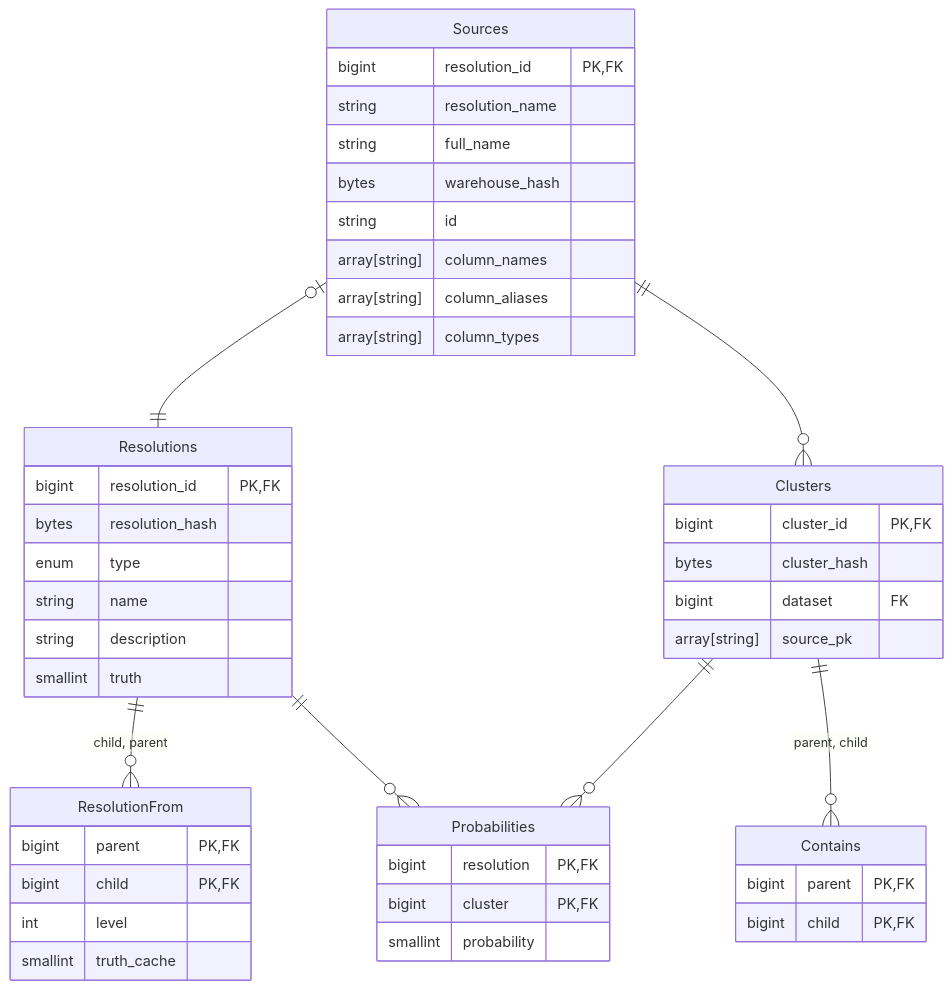
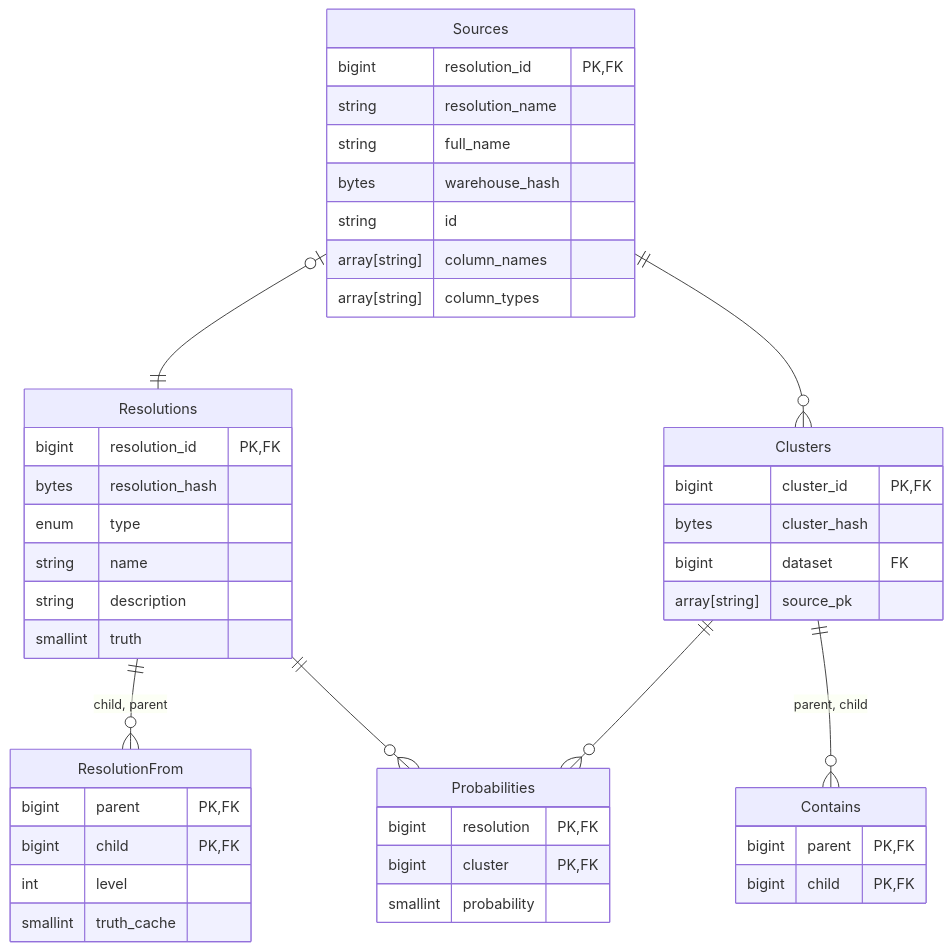
One commit to will-langdale/matchbox changed the diagram in src/matchbox/server/postgresql/README.md. Above: the diagram before and after it, drawn with Mermaid. The commit also changed 9 other files, not shown here.

Commit message:
Remove column aliases

````diff
--- a/src/matchbox/server/postgresql/README.md
+++ b/src/matchbox/server/postgresql/README.md
@@ -14,49 +14,48 @@
 ```mermaid
 erDiagram
     Sources {
         bigint resolution_id PK,FK
         string resolution_name
         string full_name
         bytes warehouse_hash
         string id
         array[string] column_names
-        array[string] column_aliases
         array[string] column_types
     }
     Clusters {
         bigint cluster_id PK,FK
         bytes cluster_hash
         bigint dataset FK
         array[string] source_pk
     }
     Contains {
         bigint parent PK,FK
         bigint child PK,FK
     }
     Probabilities {
         bigint resolution PK,FK
         bigint cluster PK,FK
         smallint probability
     }
     Resolutions {
         bigint resolution_id PK,FK
         bytes resolution_hash
         enum type
         string name
         string description
         smallint truth
     }
     ResolutionFrom {
         bigint parent PK,FK
         bigint child PK,FK
         int level
         smallint truth_cache
     }
 
     Sources |o--|| Resolutions : ""
     Sources ||--o{ Clusters : ""
     Clusters ||--o{ Contains : "parent, child"
     Clusters ||--o{ Probabilities : ""
     Resolutions ||--o{ Probabilities : ""
     Resolutions ||--o{ ResolutionFrom : "child, parent"
 ```
````
